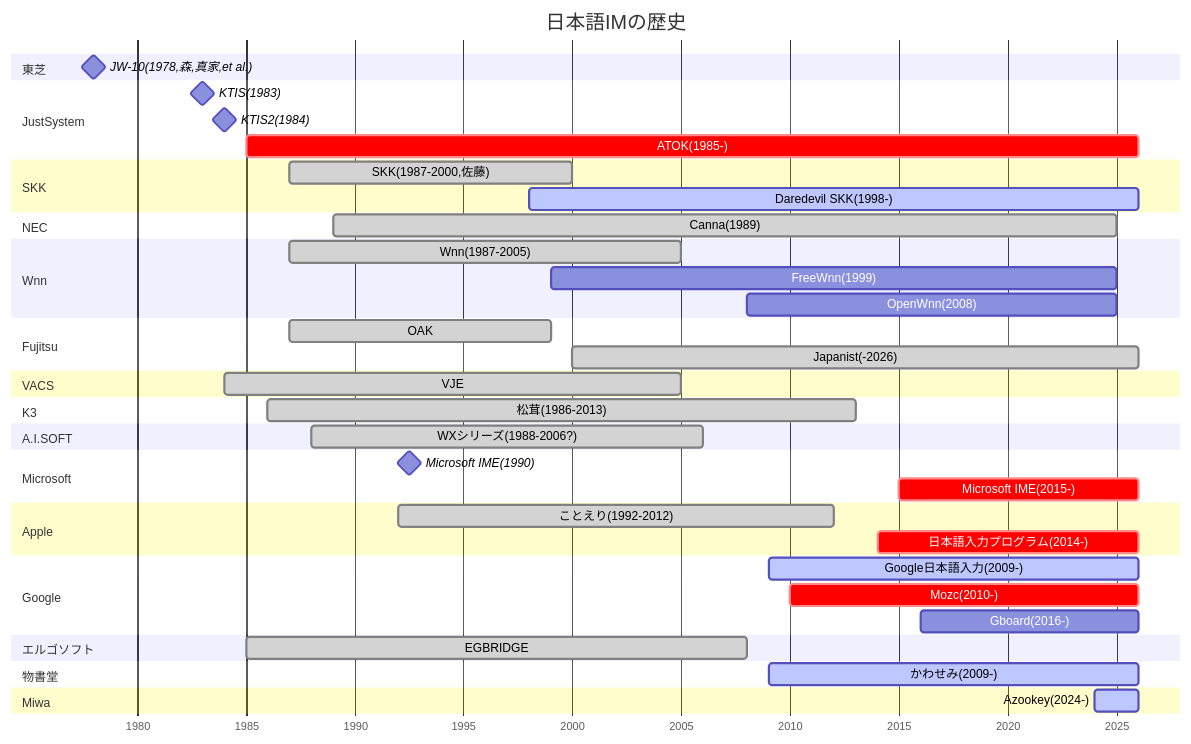
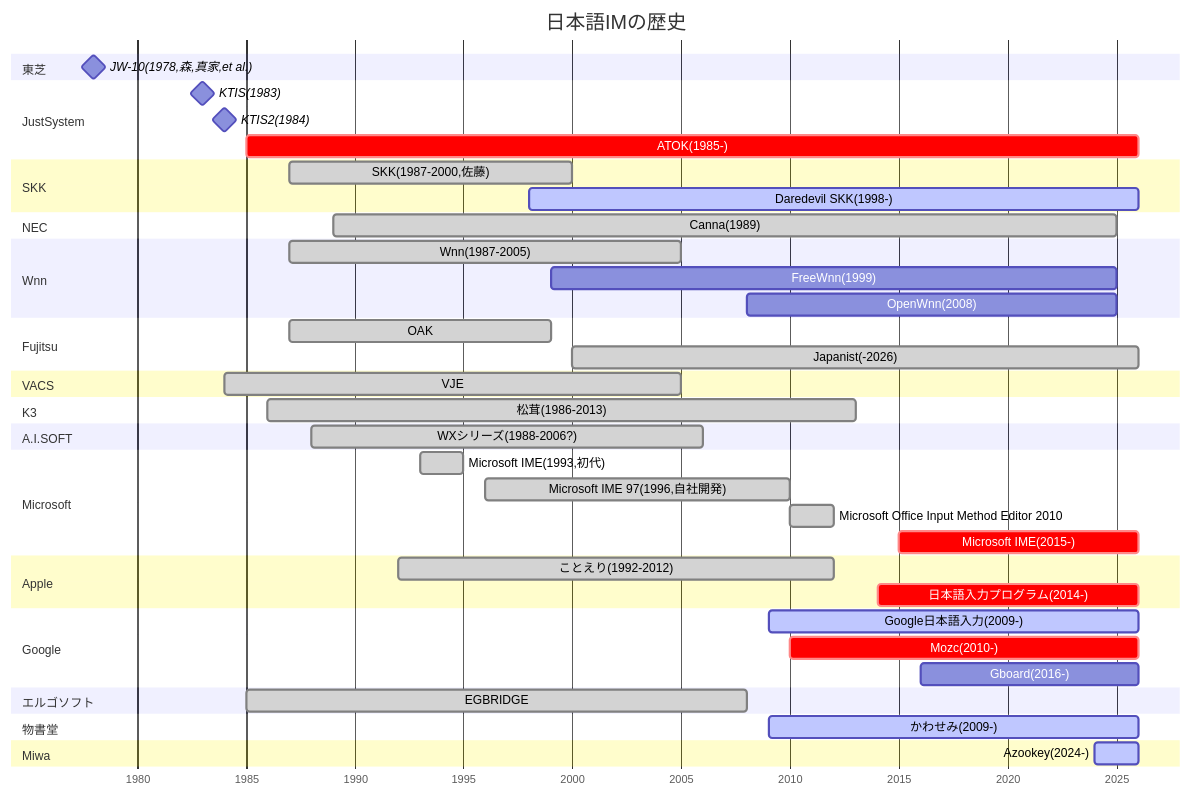
Before and after one commit to TanukiMa/history_of_Japanese_input_method: the diagram in v4.mmd, drawn with Mermaid. The commit also changed 1 other file, not shown here.

```diff
--- a/v4.mmd
+++ b/v4.mmd
@@ -1,45 +1,47 @@
 gantt
     title 日本語IMの歴史
     dateFormat YYYY
     axisFormat %Y
     todayMarker off
     section 東芝
         JW-10(1978,森,真家,et al.):milestone,1978,
     section JustSystem
         KTIS(1983):milestone,1983,
         KTIS2(1984):milestone,1984,
         ATOK(1985-):crit,1985,2026
     section SKK
         SKK(1987-2000,佐藤):done,1987,2000
         Daredevil SKK(1998-):active,1998,2026
     section NEC
         Canna(1989):done,1989,2025
     section Wnn
         Wnn(1987-2005):done,1987,2005
         FreeWnn(1999):1999,2025
         OpenWnn(2008):2008,2025
     section Fujitsu
         OAK:done,1987,1999
         Japanist(-2026):done,2000,2026
     section VACS
         VJE:done,1984,2005
     section K3
         松茸(1986-2013):done,1986,2013
     section A.I.SOFT
         WXシリーズ(1988-2006?):done,1988,2006
     section Microsoft
-        Microsoft IME(1990):milestone,1990,1995
+        Microsoft IME(1993,初代):done,1993,1995
+        Microsoft IME 97(1996,自社開発):done,1996,2010
+        Microsoft Office Input Method Editor 2010:done,2010,2012
         Microsoft IME(2015-):crit,2015,2026
     section Apple
         ことえり(1992-2012):done,1992,2012
         日本語入力プログラム(2014-):crit,2014,2026
     section Google
         Google日本語入力(2009-):active,2009,2026
         Mozc(2010-):crit,2010,2026
         Gboard(2016-):2016,2026
     section エルゴソフト
         EGBRIDGE:done,1985,2008
     section 物書堂
         かわせみ(2009-):active,2009,2026
     section Miwa
         Azookey(2024-):active,2024,2026
```
